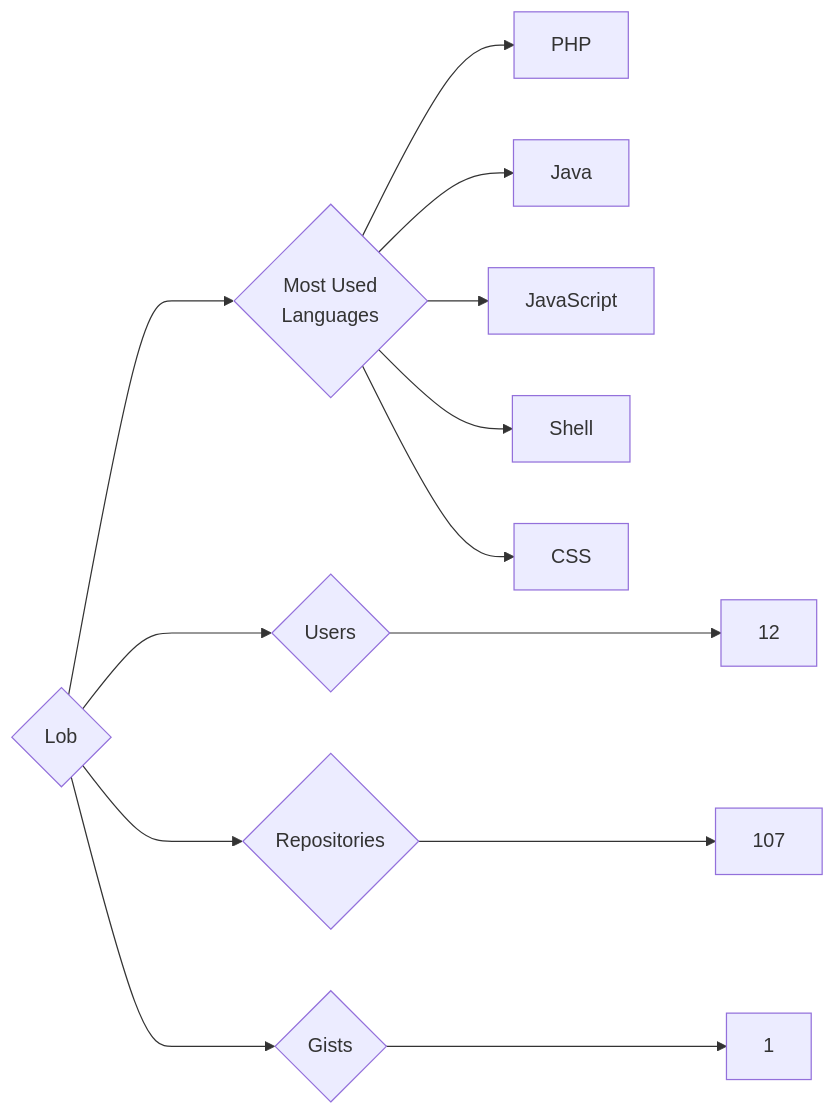
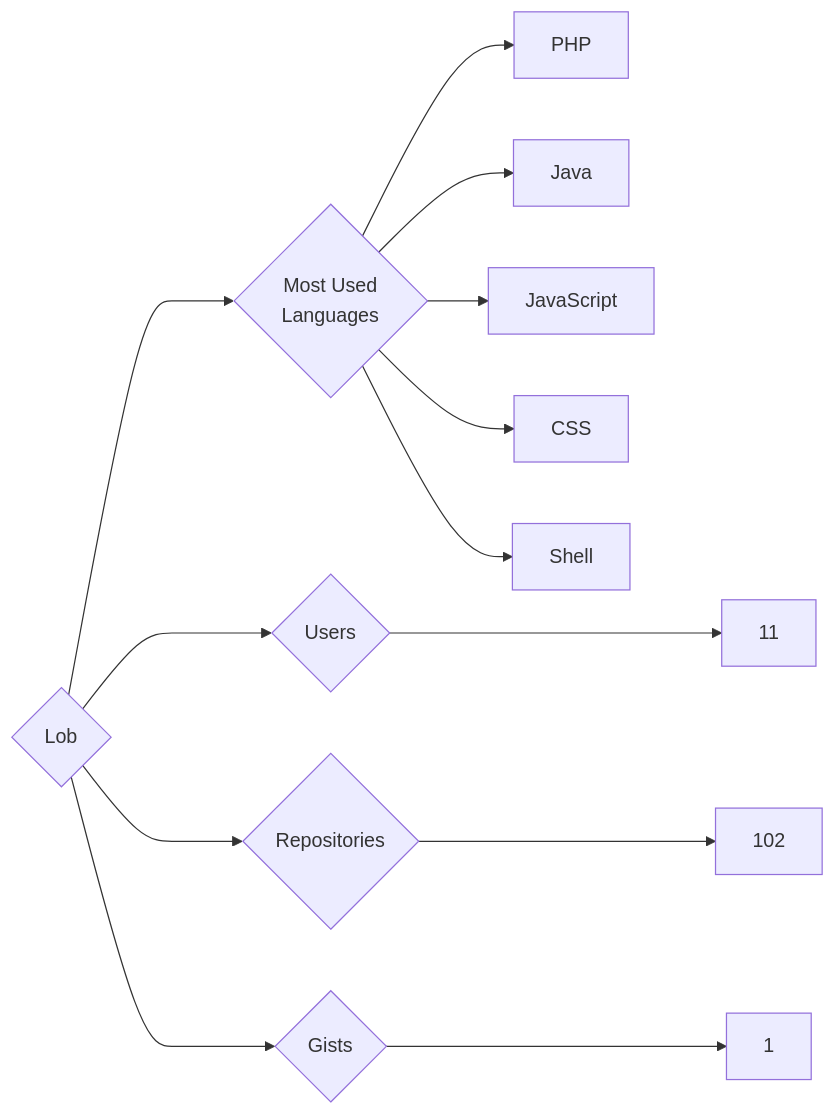
The diagram in targets/Lob/README.md (trickest/insiders), drawn with Mermaid before and after one commit. The commit also changed 930 other files, not shown here.

````diff
--- a/targets/Lob/README.md
+++ b/targets/Lob/README.md
@@ -3,13 +3,13 @@
 ```mermaid
 graph LR
 COMPANY_NAME{Lob}
-COMPANY_NAME ---> U{Users} ---> UN[12]
-COMPANY_NAME ---> R{Repositories} ---> RN[107]
+COMPANY_NAME ---> U{Users} ---> UN[11]
+COMPANY_NAME ---> R{Repositories} ---> RN[102]
 COMPANY_NAME ---> G{Gists} ---> GN[1]
 COMPANY_NAME ---> ML{Most Used<br>Languages}
 ML --> PHP[PHP]
 ML --> Java[Java]
 ML --> JavaScript[JavaScript]
+ML --> CSS[CSS]
 ML --> Shell[Shell]
-ML --> CSS[CSS]
 ```
````
